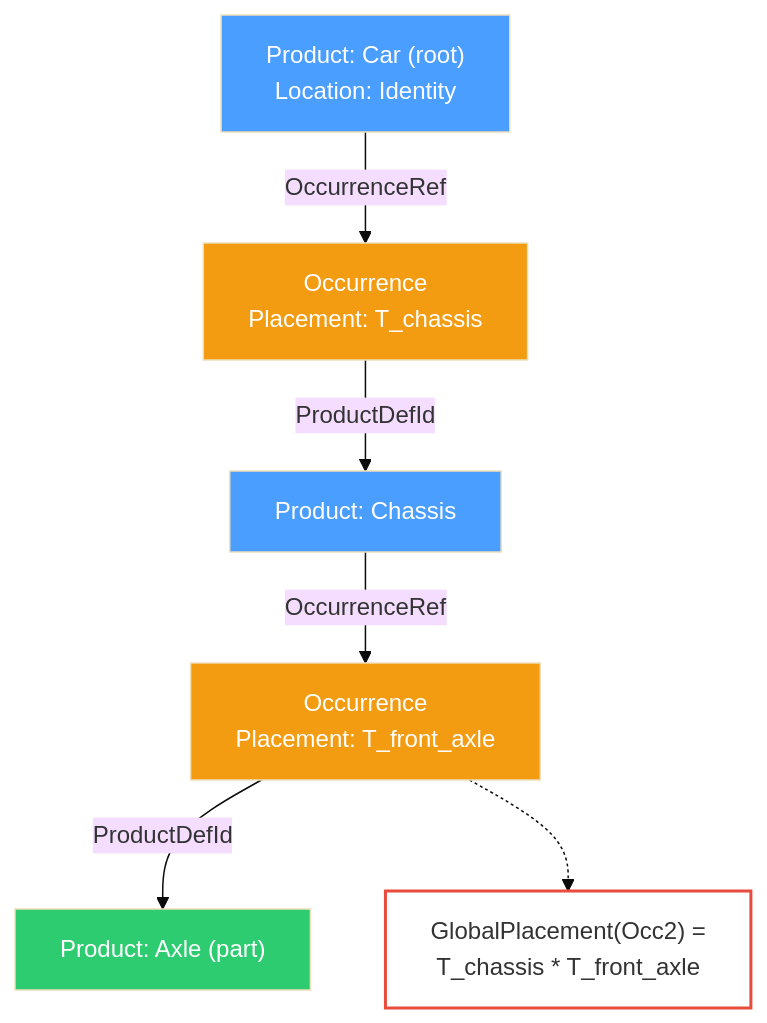
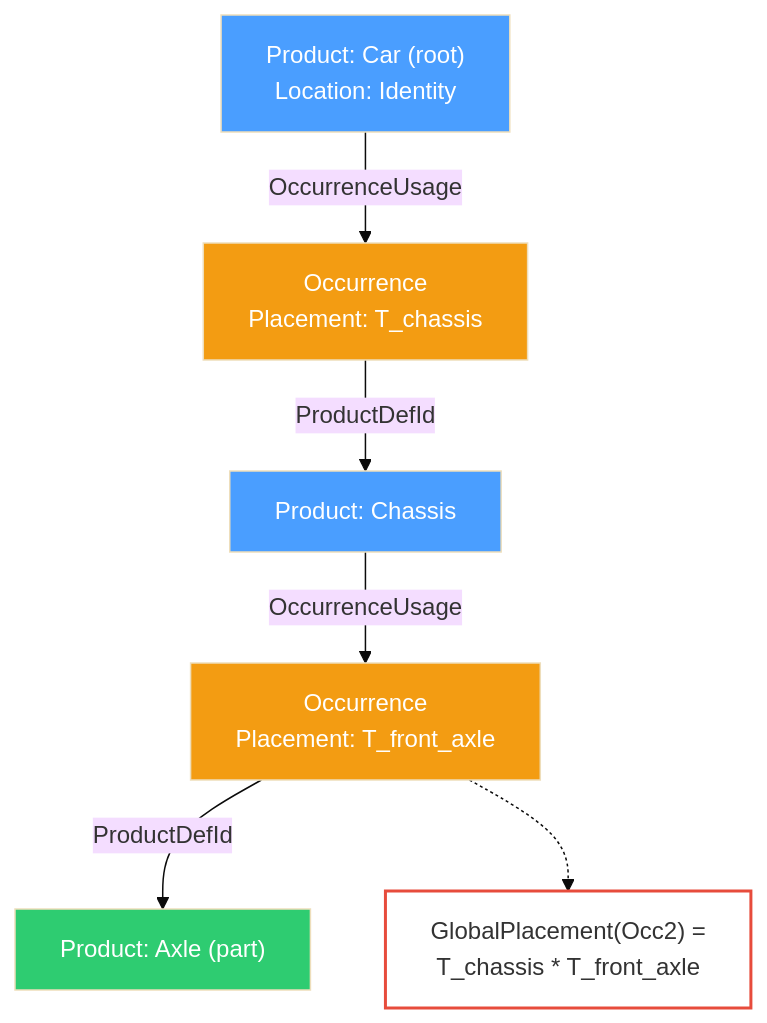
The ninth of 9 diagrams in src/ModelingData/TKBRep/BRepGraph/TODO_Assembly_Visualization.md (Open-Cascade-SAS/OCCT), drawn with Mermaid (base theme) before and after one commit. The commit also changed other lines of this file and 64 other files, not shown here.

````diff
--- a/src/ModelingData/TKBRep/BRepGraph/TODO_Assembly_Visualization.md
+++ b/src/ModelingData/TKBRep/BRepGraph/TODO_Assembly_Visualization.md
@@ -354,24 +354,24 @@
 ```mermaid
 flowchart TD
     Root["Product: Car (root)<br/>Location: Identity"]
     Occ1["Occurrence<br/>Placement: T_chassis"]
     Chassis["Product: Chassis"]
     Occ2["Occurrence<br/>Placement: T_front_axle"]
     Axle["Product: Axle (part)"]
 
-    Root -->|OccurrenceRef| Occ1
+    Root -->|OccurrenceUsage| Occ1
     Occ1 -->|ProductDefId| Chassis
-    Chassis -->|OccurrenceRef| Occ2
+    Chassis -->|OccurrenceUsage| Occ2
     Occ2 -->|ProductDefId| Axle
 
     GlobalLoc["GlobalPlacement(Occ2) =<br/>T_chassis * T_front_axle"]
 
     Occ2 -.-> GlobalLoc
 
     style Root fill:#4a9eff,color:#fff
     style Chassis fill:#4a9eff,color:#fff
     style Axle fill:#2ecc71,color:#fff
     style Occ1 fill:#f39c12,color:#fff
     style Occ2 fill:#f39c12,color:#fff
     style GlobalLoc fill:#fff,stroke:#e74c3c,stroke-width:2px
 ```
````
